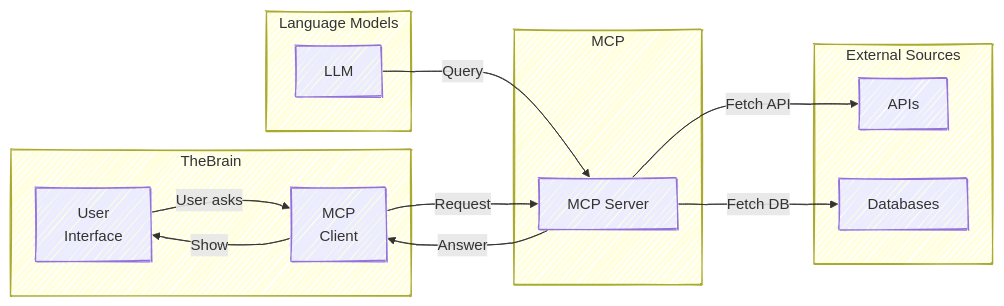
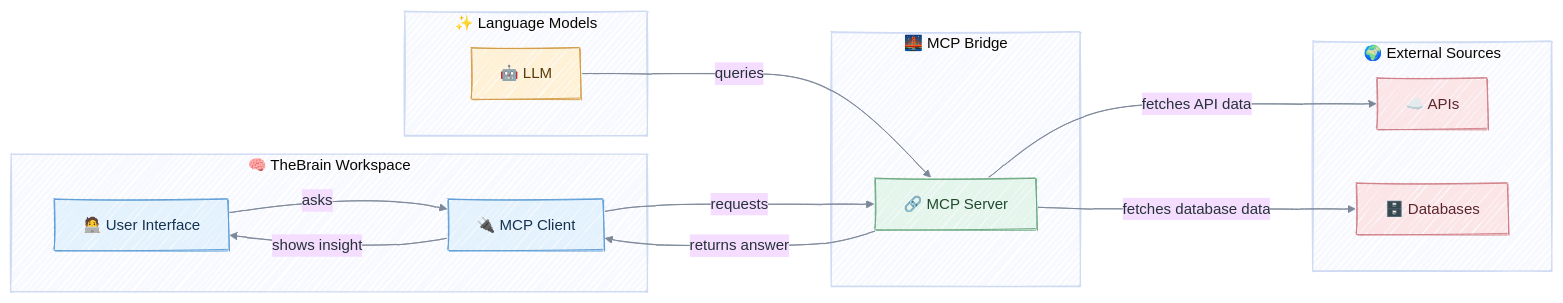
The diagram in _posts/2025-05-15-thebrain-mcp-server.md (enogrob/enogrob.github.io), drawn with Mermaid before and after one commit. The commit also changed 12 other files, not shown here.

````diff
--- a/_posts/2025-05-15-thebrain-mcp-server.md
+++ b/_posts/2025-05-15-thebrain-mcp-server.md
@@ -36,29 +36,38 @@
 ```mermaid!
-%%{init: {"theme": "default", "look": "handDrawn"}}%%
-graph LR
-    subgraph TheBrain
-        UI["User<br>Interface"]
-        Client["MCP<br>Client"]
+%%{init: {"theme": "base", "look": "handDrawn", "themeVariables": {"fontFamily": "ui-sans-serif, system-ui, sans-serif", "lineColor": "#7c8798", "primaryTextColor": "#263238"}, "flowchart": {"nodeSpacing": 55, "rankSpacing": 90}}}%%
+flowchart LR
+    subgraph TheBrain["🧠 TheBrain Workspace"]
+        UI["🧑‍💻 User Interface"]
+        Client["🔌 MCP Client"]
     end
 
-    subgraph "Language Models"
-        LLM[LLM]
+    subgraph Models["✨ Language Models"]
+        LLM["🤖 LLM"]
     end
 
-    subgraph MCP
-        Server[MCP Server]
+    subgraph MCP["🌉 MCP Bridge"]
+        Server["🔗 MCP Server"]
     end
 
-    subgraph "External Sources"
-        APIs[APIs]
-        DBs[Databases]
+    subgraph Sources["🌍 External Sources"]
+        APIs["☁️ APIs"]
+        DBs["🗄️ Databases"]
     end
 
-    UI -- "User asks" --> Client
-    Client -- "Request" --> Server
-    LLM -- "Query" --> Server
-    Server -- "Fetch API" --> APIs
-    Server -- "Fetch DB" --> DBs
-    Server -- "Answer" --> Client
-    Client -- "Show" --> UI
+    UI -->|asks| Client
+    Client -->|requests| Server
+    LLM -->|queries| Server
+    Server -->|fetches API data| APIs
+    Server -->|fetches database data| DBs
+    Server -->|returns answer| Client
+    Client -->|shows insight| UI
+
+    classDef workspace fill:#e3f2fd,stroke:#5b9bd5,color:#16324f,stroke-width:1px
+    classDef model fill:#fff1d6,stroke:#d39b45,color:#5b3d0b,stroke-width:1px
+    classDef bridge fill:#e4f5ec,stroke:#68a77d,color:#204b2d,stroke-width:1px
+    classDef source fill:#fbe5e7,stroke:#cf7d86,color:#5b252b,stroke-width:1px
+    class UI,Client workspace
+    class LLM model
+    class Server bridge
+    class APIs,DBs source
 ```
````
